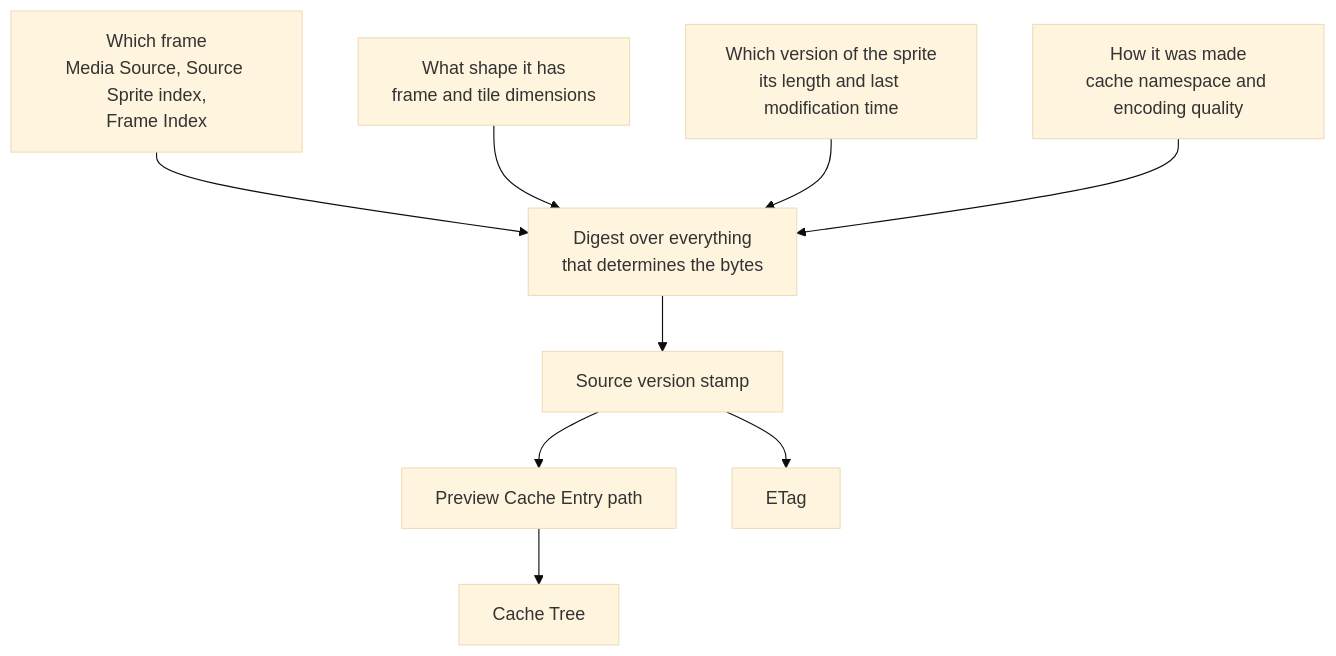
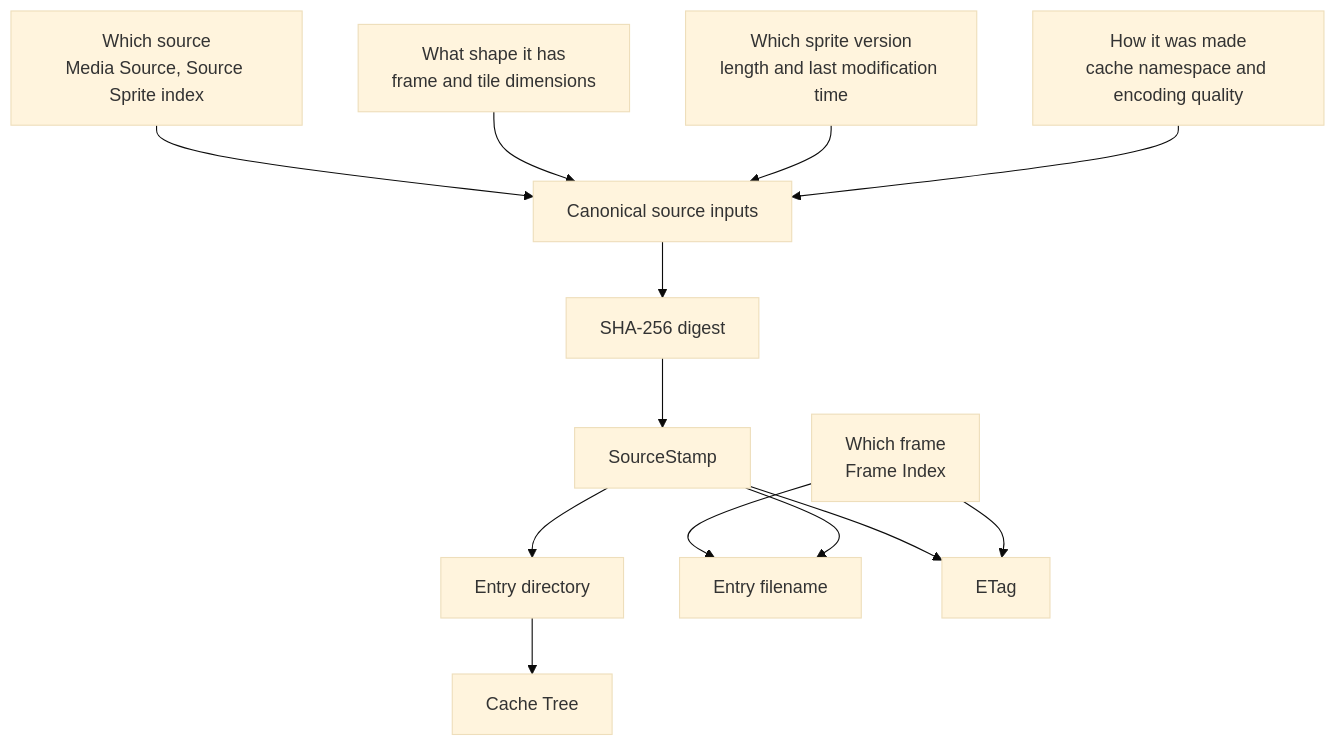
The diagram in docs/business/lifecycle/preview-cache.md (xiakeng/trickplay-cropper), drawn with Mermaid (base theme) before and after one commit. The commit also changed other lines of this file and 15 other files, not shown here.

````diff
--- a/docs/business/lifecycle/preview-cache.md
+++ b/docs/business/lifecycle/preview-cache.md
@@ -32,12 +35,16 @@
 ```mermaid
 flowchart TD
-    Where["Which frame<br/>Media Source, Source Sprite index,<br/>Frame Index"] --> D["Digest over everything<br/>that determines the bytes"]
+    Where["Which source<br/>Media Source, Source Sprite index"] --> D["Canonical source inputs"]
     Shape["What shape it has<br/>frame and tile dimensions"] --> D
-    Version["Which version of the sprite<br/>its length and last modification time"] --> D
+    Version["Which sprite version<br/>length and last modification time"] --> D
     How["How it was made<br/>cache namespace and encoding quality"] --> D
 
-    D --> Stamp["Source version stamp"]
-    Stamp --> Path["Preview Cache Entry path"]
+    D --> Hash["SHA-256 digest"]
+    Hash --> Stamp["SourceStamp"]
+    Stamp --> Path["Entry directory"]
+    Frame["Which frame<br/>Frame Index"] --> File["Entry filename"]
     Stamp --> Tag["ETag"]
+    Frame --> Tag
+    Stamp --> File
     Path --> Tree["Cache Tree"]
 ```
````
